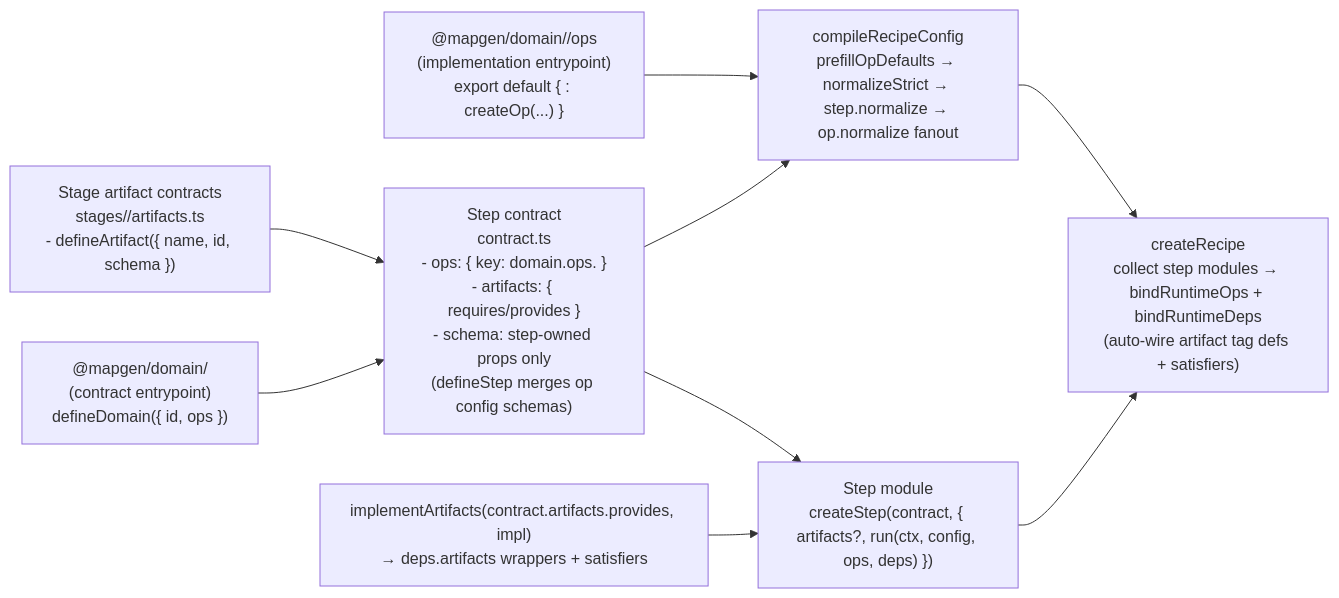
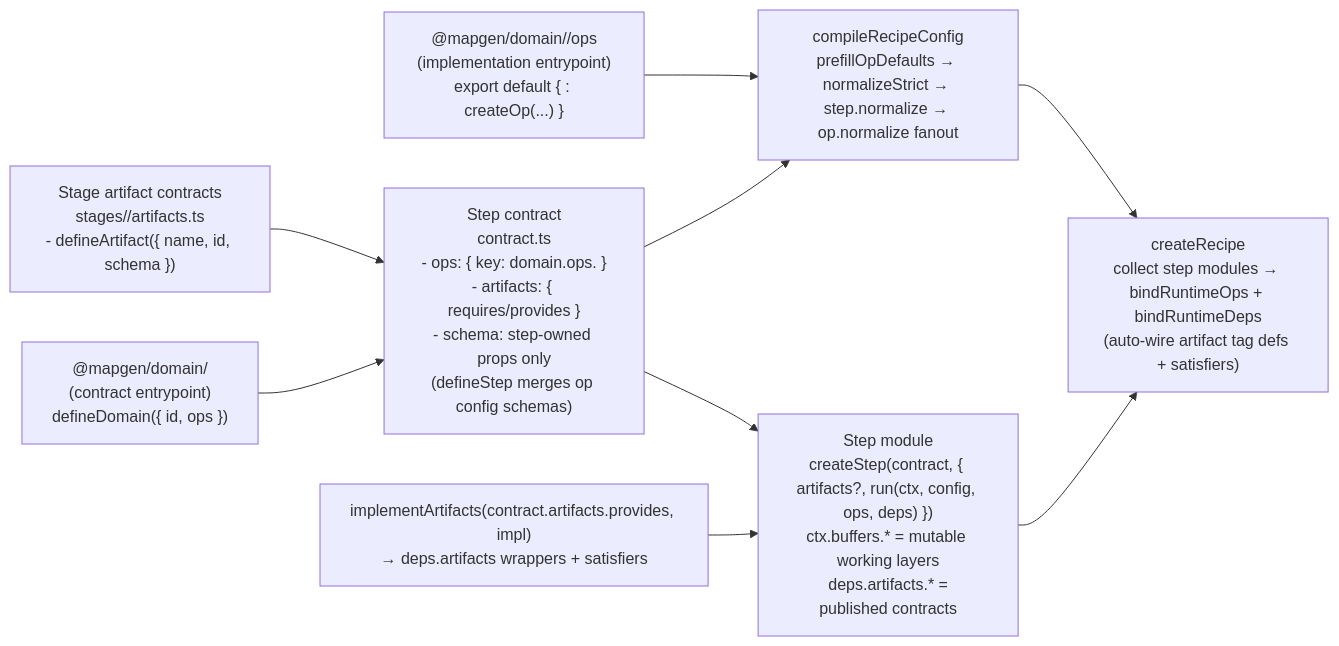
Before and after one commit to mateicanavra/civ7-modding-tools-fork: the diagram in docs/projects/engine-refactor-v1/resources/workflow/domain-refactor/WORKFLOW.md, drawn with Mermaid. The commit also changed other lines of this file and 2 other files, not shown here.

Commit message:
docs(mapgen): define buffers vs artifacts

````diff
--- a/docs/projects/engine-refactor-v1/resources/workflow/domain-refactor/WORKFLOW.md
+++ b/docs/projects/engine-refactor-v1/resources/workflow/domain-refactor/WORKFLOW.md
@@ -426,20 +429,20 @@
 ```mermaid
 flowchart LR
   DomainContract["@mapgen/domain/<domain>\n(contract entrypoint)\ndefineDomain({ id, ops })"]
   StageArtifacts["Stage artifact contracts\nstages/<stage>/artifacts.ts\n- defineArtifact({ name, id, schema })"]
   StepContract["Step contract\ncontract.ts\n- ops: { key: domain.ops.<opContract> }\n- artifacts: { requires/provides }\n- schema: step-owned props only\n(defineStep merges op config schemas)"]
   DomainImpl["@mapgen/domain/<domain>/ops\n(implementation entrypoint)\nexport default { <opKey>: createOp(...) }"]
   Compiler["compileRecipeConfig\nprefillOpDefaults → normalizeStrict → step.normalize → op.normalize fanout"]
-  StepModule["Step module\ncreateStep(contract, { artifacts?, run(ctx, config, ops, deps) })"]
+  StepModule["Step module\ncreateStep(contract, { artifacts?, run(ctx, config, ops, deps) })\nctx.buffers.* = mutable working layers\n deps.artifacts.* = published contracts"]
   ArtifactRuntime["implementArtifacts(contract.artifacts.provides, impl)\n→ deps.artifacts wrappers + satisfiers"]
   Recipe["createRecipe\ncollect step modules → bindRuntimeOps + bindRuntimeDeps\n(auto-wire artifact tag defs + satisfiers)"]
 
   StageArtifacts --> StepContract
   DomainContract --> StepContract
   DomainImpl --> Compiler
   StepContract --> StepModule
   StepContract --> Compiler
   Compiler --> Recipe
   ArtifactRuntime --> StepModule
   StepModule --> Recipe
 ```
````
